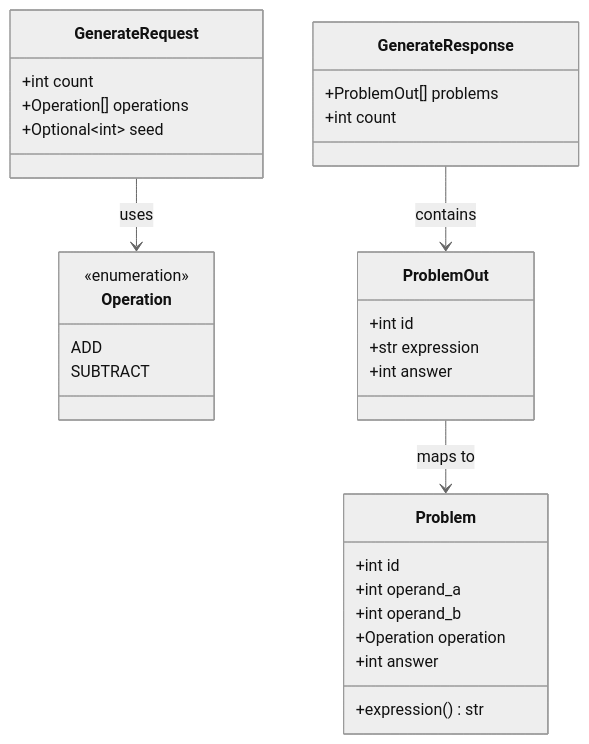
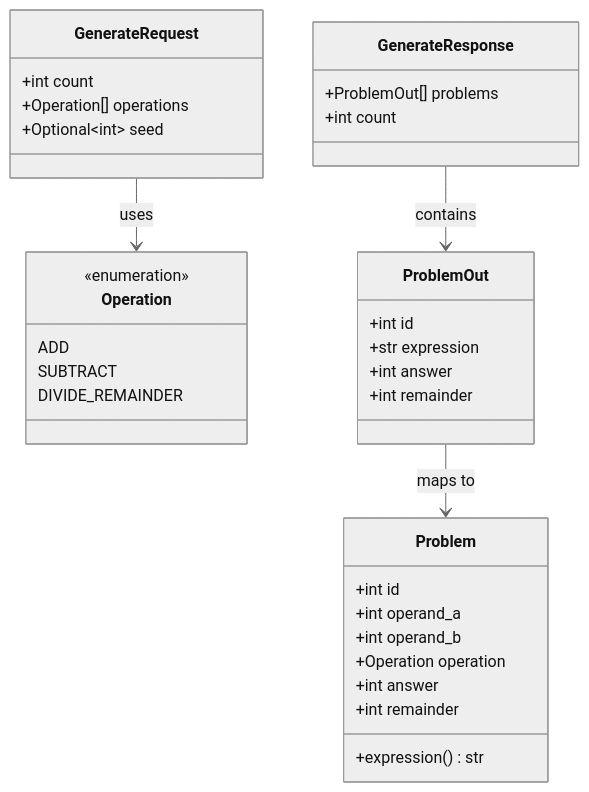
Before and after one commit to SimonWHL/math-learning: the sixth of 12 diagrams in .qoder/repowiki/zh/content/项目结构/Web API接口.md, drawn with Mermaid (neutral theme). The commit also changed other lines of this file and 17 other files, not shown here.

````diff
--- a/.qoder/repowiki/zh/content/项目结构/Web API接口.md
+++ b/.qoder/repowiki/zh/content/项目结构/Web API接口.md
@@ -211,33 +268,36 @@
 ```mermaid
 classDiagram
 class Operation {
 <<enumeration>>
 ADD
 SUBTRACT
+DIVIDE_REMAINDER
 }
 class Problem {
 +int id
 +int operand_a
 +int operand_b
 +Operation operation
 +int answer
++int remainder
 +expression() str
 }
 class GenerateRequest {
 +int count
 +Operation[] operations
 +Optional~int~ seed
 }
 class ProblemOut {
 +int id
 +str expression
 +int answer
++int remainder
 }
 class GenerateResponse {
 +ProblemOut[] problems
 +int count
 }
 GenerateRequest --> Operation : uses
 GenerateResponse --> ProblemOut : contains
 ProblemOut --> Problem : maps to
 ```
````
